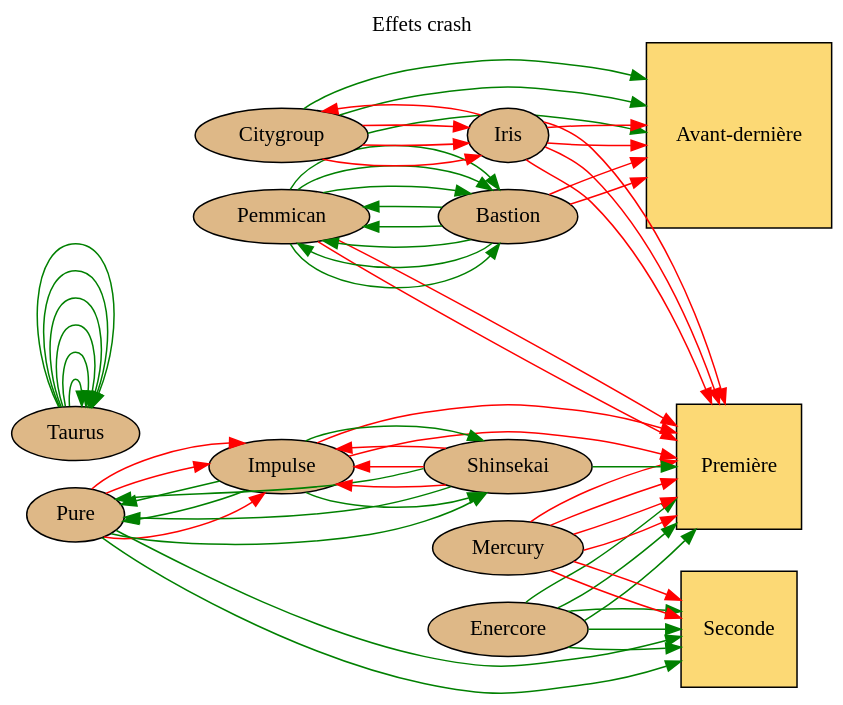
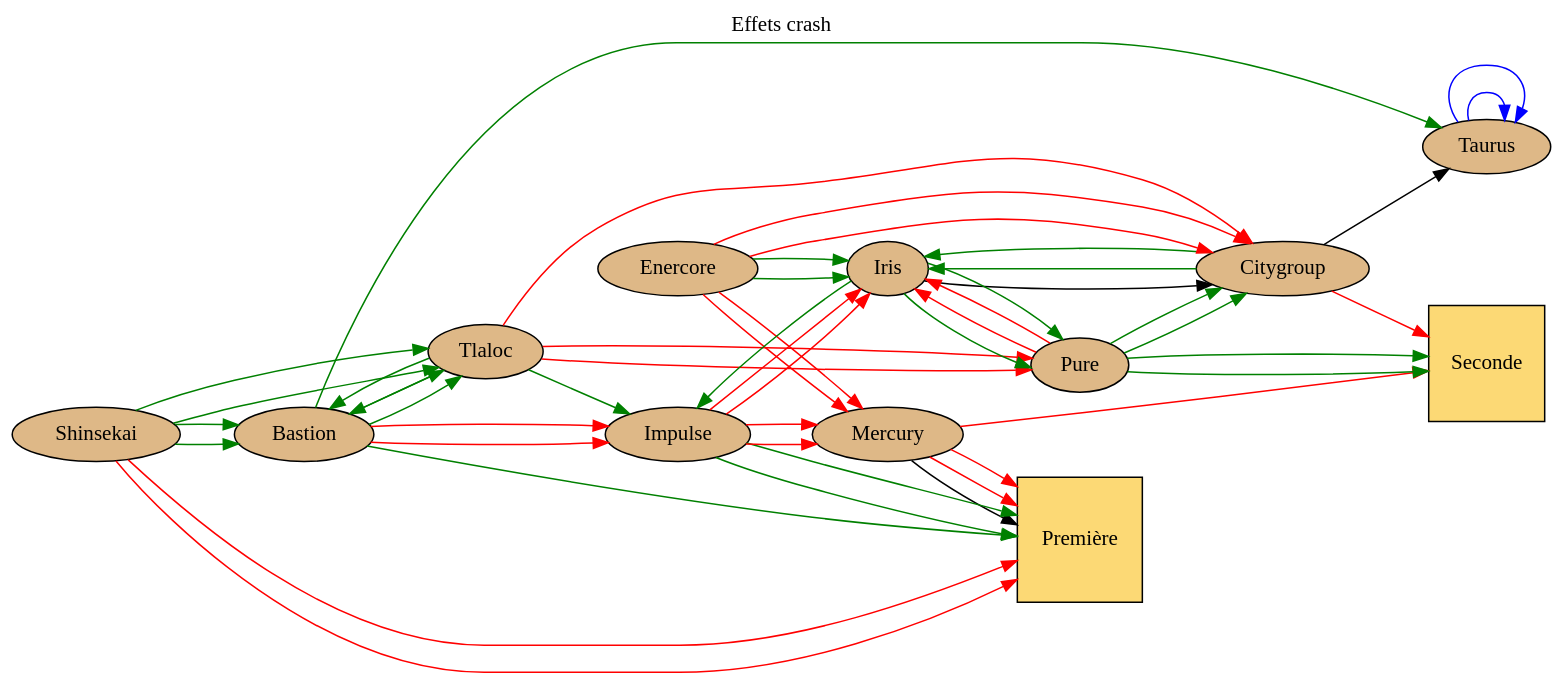
Before and after one commit to Neamar/corporate: the diagram in data/cities/detroit/graphviz/crash.dot, drawn with Graphviz.

```diff
--- a/data/cities/detroit/graphviz/crash.dot
+++ b/data/cities/detroit/graphviz/crash.dot
@@ -1,96 +1,85 @@
 # dot -T svg data/cities/detroit/graphviz/last.dot > website/static/graphviz/detroit/last.svg
 digraph g{
 	graph [
 		rankdir = "LR"
 		bgcolor=transparent
 	];
 	// title
 	labelloc="t";
 	label="Effets crash";
 
 	premier [shape=square, fillcolor="#FCD975", style="filled", label="Première"];
 	second [shape=square, fillcolor="#FCD975", style="filled", label="Seconde"];
-	avantdernier [shape=square, fillcolor="#FCD975", style="filled", label="Avant-dernière"];
 
-	pemmican [shape=ellipse, fillcolor="burlywood", style="filled", label="Pemmican"];
+	tlaloc [shape=ellipse, fillcolor="burlywood", style="filled", label="Tlaloc"];
 	bastion [shape=ellipse, fillcolor="burlywood", style="filled", label="Bastion"];
 	citygroup [shape=ellipse, fillcolor="burlywood", style="filled", label="Citygroup"];
 	enercore [shape=ellipse, fillcolor="burlywood", style="filled", label="Enercore"];
 	iris [shape=ellipse, fillcolor="burlywood",style="filled", label="Iris"];
 	mercury [shape=ellipse, fillcolor="burlywood", style="filled", label="Mercury"];
 	pure [shape=ellipse, fillcolor="burlywood", style="filled", label="Pure"];
 	impulse [shape=ellipse, fillcolor="burlywood", style="filled", label="Impulse"];
 	shinsekai [shape=ellipse, fillcolor="burlywood", style="filled", label="Shinsekai"];
 	taurus [shape=ellipse, fillcolor="burlywood", style="filled", label="Taurus"];
 
-	taurus -> taurus [color="green"];
-	taurus -> taurus [color="green"];
-	taurus -> taurus [color="green"];
-	taurus -> taurus [color="green"];
-	taurus -> taurus [color="green"];
-	taurus -> taurus [color="green"];
+	taurus -> taurus [color="blue"];
+	taurus -> taurus [color="blue"];
 
-	mercury -> premier [color="red"];
-	mercury -> premier [color="red"];
+	mercury -> premier [color="black"];
 	mercury -> premier [color="red"];
 	mercury -> premier [color="red"];
 	mercury -> second [color="red"];
-	mercury -> second [color="red"];
 
-	bastion -> pemmican [color="green"];
-	bastion -> pemmican [color="green"];
-	bastion -> pemmican [color="green"];
-	bastion -> pemmican [color="green"];
-	bastion -> avantdernier [color="red"];
-	bastion -> avantdernier [color="red"];
+	bastion -> tlaloc [color="green"];
+	bastion -> tlaloc [color="green"];
+	bastion -> taurus [color="green"];
+	bastion -> premier [color="green"];
+	bastion -> impulse [color="red"];
+	bastion -> impulse [color="red"];
 
-	pemmican -> bastion [color="green"];
-	pemmican -> bastion [color="green"];
-	pemmican -> bastion [color="green"];
-	pemmican -> bastion [color="green"];
-	pemmican -> premier [color="red"];
-	pemmican -> premier [color="red"];
+	tlaloc -> bastion [color="green"];
+	tlaloc -> bastion [color="green"];
+	tlaloc -> impulse [color="green"];
+	tlaloc -> citygroup [color="red"];
+	tlaloc -> pure [color="red"];
+	tlaloc -> pure [color="red"];
 
-	citygroup-> iris [color="red"];
-	citygroup-> iris [color="red"];
-	citygroup-> iris [color="red"];
-	citygroup-> avantdernier [color="green"];
-	citygroup-> avantdernier [color="green"];
-	citygroup-> avantdernier [color="green"];
+	citygroup-> taurus [color="black"];
+	citygroup-> iris [color="green"];
+	citygroup-> iris [color="green"];
+	citygroup-> second [color="red"];
 
-	enercore -> premier [color="green"];
-	enercore -> premier [color="green"];
-	enercore -> premier [color="green"];
-	enercore -> second [color="green"];
-	enercore -> second [color="green"];
-	enercore -> second [color="green"];
+	enercore -> mercury [color="red"];
+	enercore -> mercury [color="red"];
+	enercore -> iris [color="green"];
+	enercore -> iris [color="green"];
+	enercore -> citygroup [color="red"];
+	enercore -> citygroup [color="red"];
 
-	shinsekai -> impulse [color="red"];
-	shinsekai -> impulse [color="red"];
-	shinsekai -> impulse [color="red"];
-	shinsekai -> premier [color="green"];
-	shinsekai -> pure [color="green"];
-	shinsekai -> pure [color="green"];
+	shinsekai -> premier [color="red"];
+	shinsekai -> premier [color="red"];
+	shinsekai -> bastion [color="green"];
+	shinsekai -> bastion [color="green"];
+	shinsekai -> tlaloc [color="green"];
+	shinsekai -> tlaloc [color="green"];
 
-	impulse -> shinsekai [color="green"];
-	impulse -> shinsekai [color="green"];
-	impulse -> pure [color="green"];
-	impulse -> pure [color="green"];
-	impulse -> premier [color="red"];
-	impulse -> premier [color="red"];
+	impulse -> premier [color="green"];
+	impulse -> premier [color="green"];
+	impulse -> iris [color="red"];
+	impulse -> iris [color="red"];
+	impulse -> mercury [color="red"];
+	impulse -> mercury [color="red"];
 
-	pure -> impulse [color="red"];
-	pure -> impulse [color="red"];
-	pure -> impulse [color="red"];
+	pure -> iris [color="red"];
+	pure -> iris [color="red"];
+	pure -> citygroup [color="green"];
+	pure -> citygroup [color="green"];
 	pure -> second [color="green"];
 	pure -> second [color="green"];
-	pure -> shinsekai [color="green"];
 
 	
-	iris -> premier [color="red"];
-	iris -> premier [color="red"];
-	iris -> premier [color="red"];
-	iris -> avantdernier [color="red"];
-	iris -> avantdernier [color="red"];
-	iris -> citygroup [color="red"];
+	iris -> pure [color="green"];
+	iris -> pure [color="green"];
+	iris -> impulse [color="green"];
+	iris -> citygroup [color="black"];
 }
```
